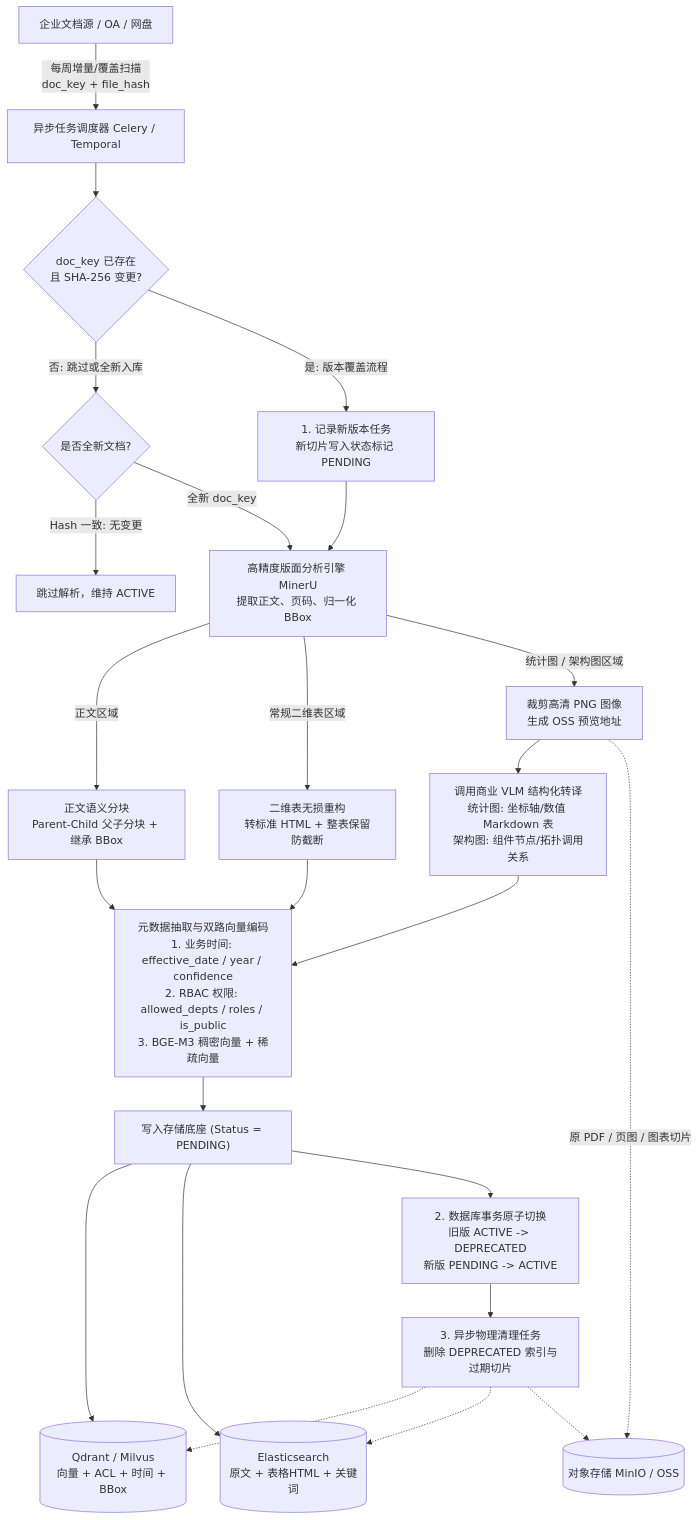
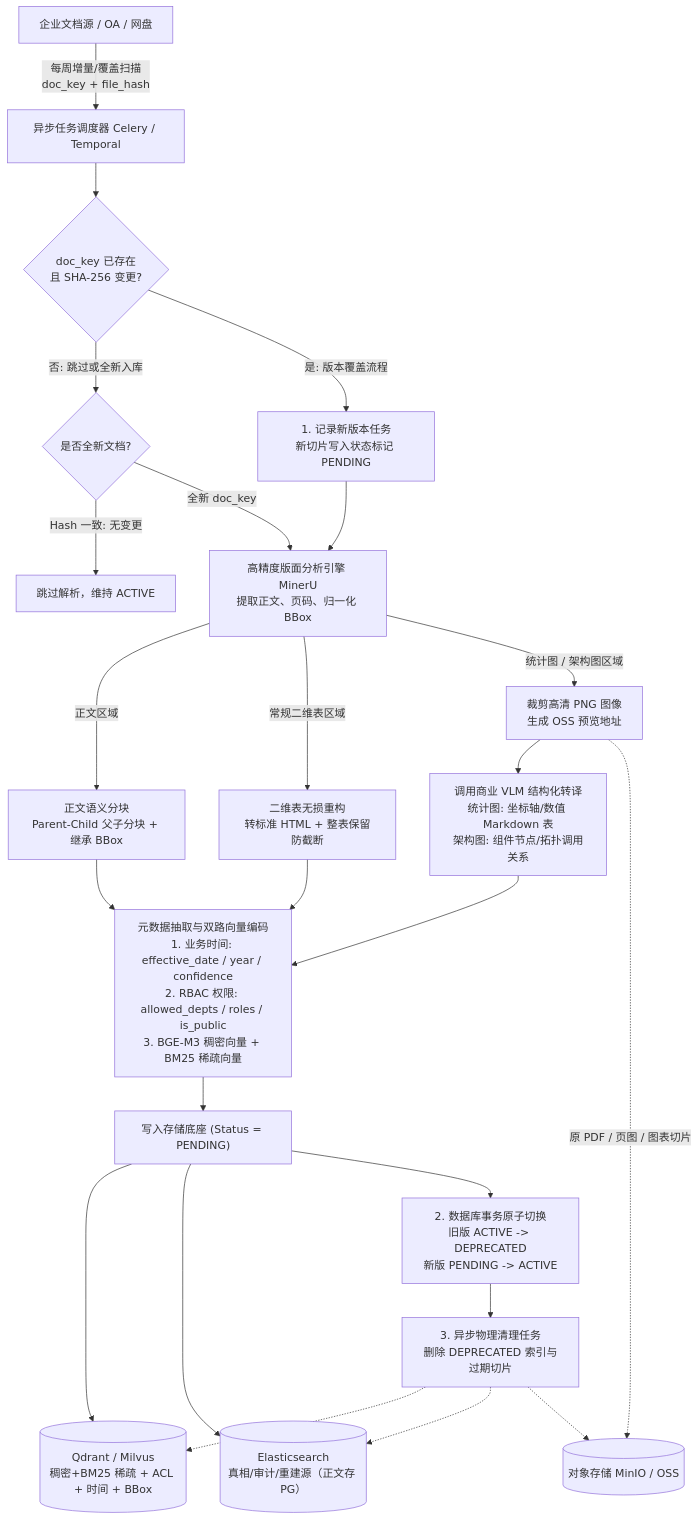
The second of 6 diagrams in 架构图集.md (kvchen95/ai-rag), drawn with Mermaid before and after one commit. The commit also changed other lines of this file and 1 other file, not shown here.

Commit message:
docs: 三文档同步方案B Qdrant稠密+BM25稀疏混合检索

````diff
--- a/架构图集.md
+++ b/架构图集.md
@@ -102,34 +102,34 @@
 ```mermaid
 flowchart TD
     Source["企业文档源 / OA / 网盘"] -->|"每周增量/覆盖扫描<br/>doc_key + file_hash"| Scheduler["异步任务调度器 Celery / Temporal"]
 
     Scheduler --> CheckHash{"doc_key 已存在<br/>且 SHA-256 变更?"}
 
     CheckHash -->|"否: 跳过或全新入库"| CheckNew{"是否全新文档?"}
     CheckNew -->|"Hash 一致: 无变更"| Skip["跳过解析，维持 ACTIVE"]
     CheckNew -->|"全新 doc_key"| MinerU
 
     CheckHash -->|"是: 版本覆盖流程"| VersionFlag["1. 记录新版本任务<br/>新切片写入状态标记 PENDING"]
     VersionFlag --> MinerU["高精度版面分析引擎 MinerU<br/>提取正文、页码、归一化 BBox"]
 
     MinerU -->|"正文区域"| TextSplit["正文语义分块<br/>Parent-Child 父子分块 + 继承 BBox"]
     MinerU -->|"常规二维表区域"| TableParse["二维表无损重构<br/>转标准 HTML + 整表保留防截断"]
     MinerU -->|"统计图 / 架构图区域"| CropImg["裁剪高清 PNG 图像<br/>生成 OSS 预览地址"]
 
     CropImg --> VLM["调用商业 VLM 结构化转译<br/>统计图: 坐标轴/数值 Markdown 表<br/>架构图: 组件节点/拓扑调用关系"]
 
-    TextSplit --> MetaExtract["元数据抽取与双路向量编码<br/>1. 业务时间: effective_date / year / confidence<br/>2. RBAC 权限: allowed_depts / roles / is_public<br/>3. BGE-M3 稠密向量 + 稀疏向量"]
+    TextSplit --> MetaExtract["元数据抽取与双路向量编码<br/>1. 业务时间: effective_date / year / confidence<br/>2. RBAC 权限: allowed_depts / roles / is_public<br/>3. BGE-M3 稠密向量 + BM25 稀疏向量"]
     TableParse --> MetaExtract
     VLM --> MetaExtract
 
     MetaExtract --> WritePending["写入存储底座 (Status = PENDING)"]
-    WritePending --> Qdrant[("Qdrant / Milvus<br/>向量 + ACL + 时间 + BBox")]
-    WritePending --> ES[("Elasticsearch<br/>原文 + 表格HTML + 关键词")]
+    WritePending --> Qdrant[("Qdrant / Milvus<br/>稠密+BM25 稀疏 + ACL + 时间 + BBox")]
+    WritePending --> ES[("Elasticsearch<br/>真相/审计/重建源（正文存 PG）")]
     CropImg -.->|"原 PDF / 页图 / 图表切片"| OSS[("对象存储 MinIO / OSS")]
 
     WritePending --> AtomicTx["2. 数据库事务原子切换<br/>旧版 ACTIVE -> DEPRECATED<br/>新版 PENDING -> ACTIVE"]
     AtomicTx --> AsyncGC["3. 异步物理清理任务<br/>删除 DEPRECATED 索引与过期切片"]
     AsyncGC -.-> Qdrant
     AsyncGC -.-> ES
     AsyncGC -.-> OSS
 ```
````
